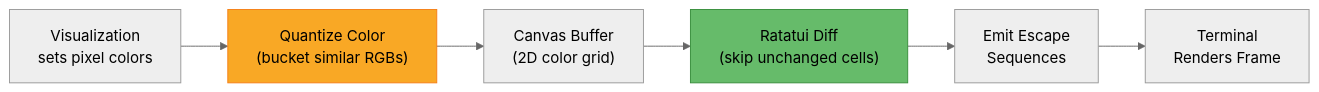
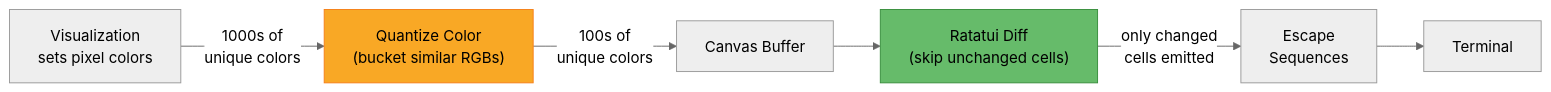
The first of 3 diagrams in README.md (joelmgallant/terminal-vibes), drawn with Mermaid (neutral theme) before and after one commit. The commit also changed other lines of this file, not shown here.

Commit message:
docs: improve mermaid diagrams with color fills and clearer layout

````diff
--- a/README.md
+++ b/README.md
@@ -267,11 +267,11 @@
 ```mermaid
 flowchart LR
-    V["Visualization\nsets pixel colors"] --> Q["Quantize Color\n(bucket similar RGBs)"]
-    Q --> CB["Canvas Buffer\n(2D color grid)"]
-    CB --> RD["Ratatui Diff\n(skip unchanged cells)"]
-    RD --> ES["Emit Escape\nSequences"]
-    ES --> T["Terminal\nRenders Frame"]
+    V["Visualization<br/>sets pixel colors"] -->|"1000s of<br/>unique colors"| Q["Quantize Color<br/>(bucket similar RGBs)"]
+    Q -->|"100s of<br/>unique colors"| CB["Canvas Buffer"]
+    CB --> RD["Ratatui Diff<br/>(skip unchanged cells)"]
+    RD -->|"only changed<br/>cells emitted"| ES["Escape<br/>Sequences"]
+    ES --> T["Terminal"]
 
     style Q fill:#f9a825,stroke:#f57f17,color:#000
     style RD fill:#66bb6a,stroke:#388e3c,color:#000
 ```
````
